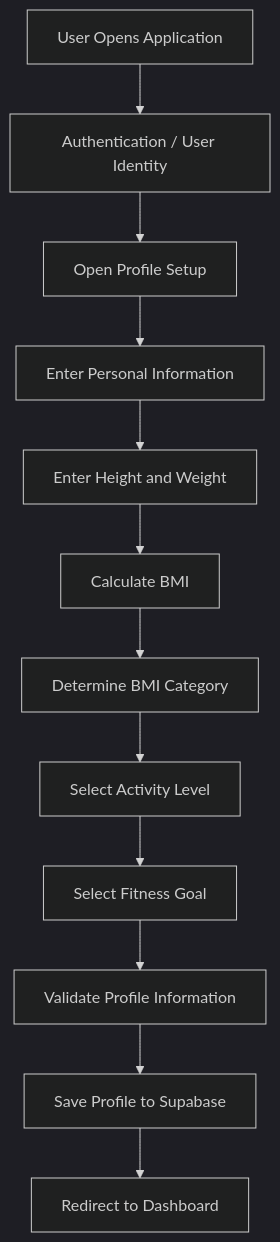
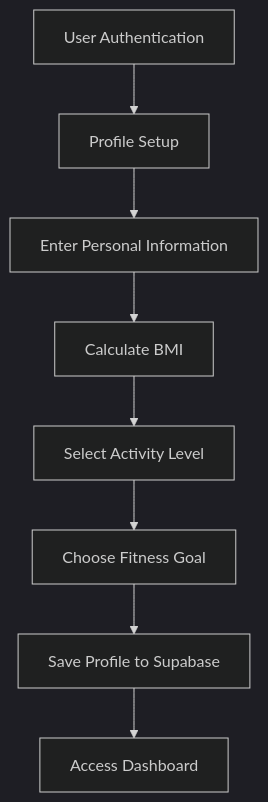
Before and after one commit to Shafaet1074/AI-Meal-Planner: the third of 5 diagrams in README.md, drawn with Mermaid (dark theme). The commit also changed other lines of this file, not shown here.

````diff
--- a/README.md
+++ b/README.md
@@ -456,14 +165,10 @@
 ```mermaid
 flowchart TD
-    A["User Opens Application"] --> B["Authentication / User Identity"]
-    B --> C["Open Profile Setup"]
-    C --> D["Enter Personal Information"]
-    D --> E["Enter Height and Weight"]
-    E --> F["Calculate BMI"]
-    F --> G["Determine BMI Category"]
-    G --> H["Select Activity Level"]
-    H --> I["Select Fitness Goal"]
-    I --> J["Validate Profile Information"]
-    J --> K["Save Profile to Supabase"]
-    K --> L["Redirect to Dashboard"]
+    A[User Authentication] --> B[Profile Setup]
+    B --> C[Enter Personal Information]
+    C --> D[Calculate BMI]
+    D --> E[Select Activity Level]
+    E --> F[Choose Fitness Goal]
+    F --> G[Save Profile to Supabase]
+    G --> H[Access Dashboard]
 ```
````
